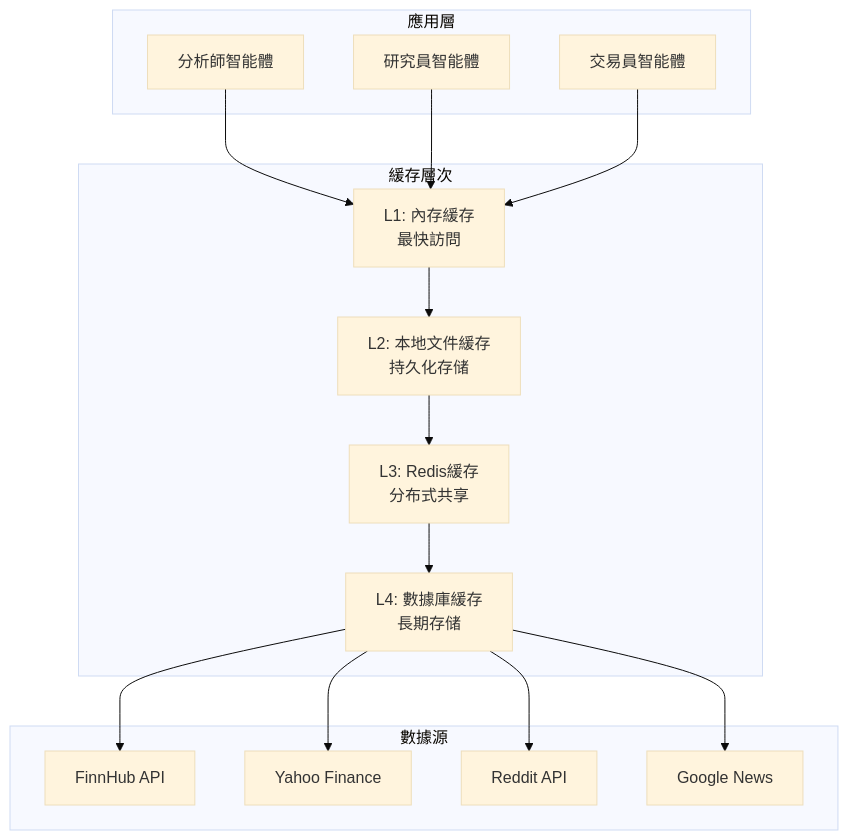
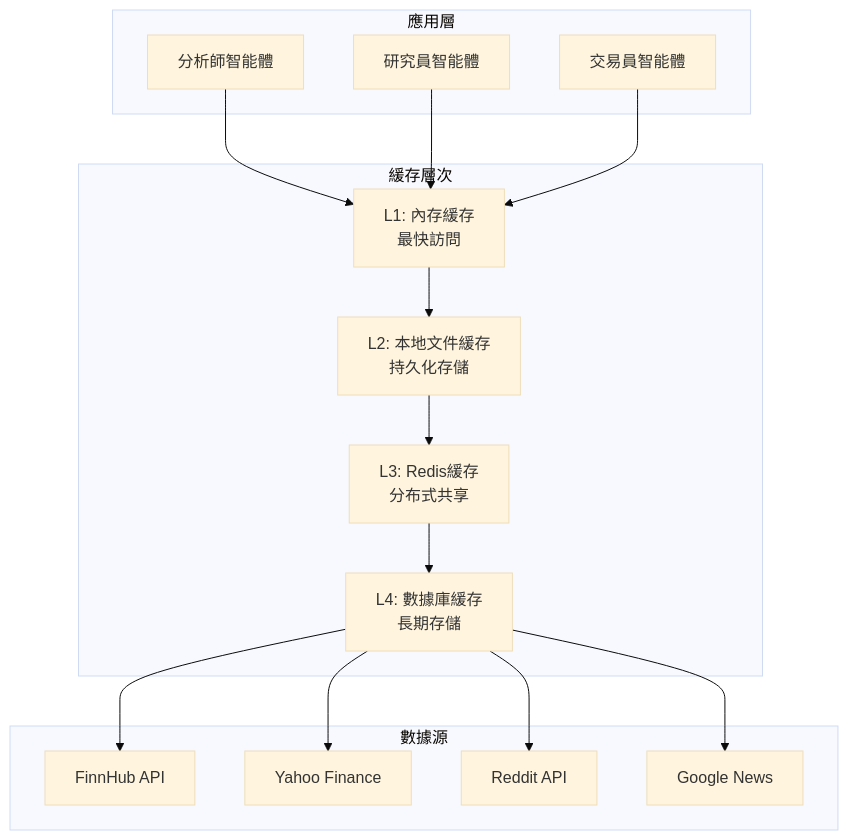
One commit to aiinpocket/TradingAgents-CN changed the diagram in docs/data/caching.md. Above: the diagram before and after it, drawn with Mermaid (base theme). The commit also changed other lines of this file and 63 other files, not shown here.

````diff
--- a/docs/data/caching.md
+++ b/docs/data/caching.md
@@ -11,35 +11,35 @@
 ```mermaid
 graph TB
     subgraph "應用層"
         AGENT1[分析師智能體]
         AGENT2[研究員智能體]
         AGENT3[交易員智能體]
     end
     
     subgraph "緩存層次"
         L1[L1: 內存緩存<br/>最快訪問]
-        L2[L2: 本地文件緩存<br/>持久化存储]
+        L2[L2: 本地文件緩存<br/>持久化存儲]
         L3[L3: Redis緩存<br/>分布式共享]
-        L4[L4: 數據庫緩存<br/>長期存储]
+        L4[L4: 數據庫緩存<br/>長期存儲]
     end
     
     subgraph "數據源"
         API1[FinnHub API]
         API2[Yahoo Finance]
         API3[Reddit API]
         API4[Google News]
     end
     
     AGENT1 --> L1
     AGENT2 --> L1
     AGENT3 --> L1
     
     L1 --> L2
     L2 --> L3
     L3 --> L4
     
     L4 --> API1
     L4 --> API2
     L4 --> API3
     L4 --> API4
 ```
````
